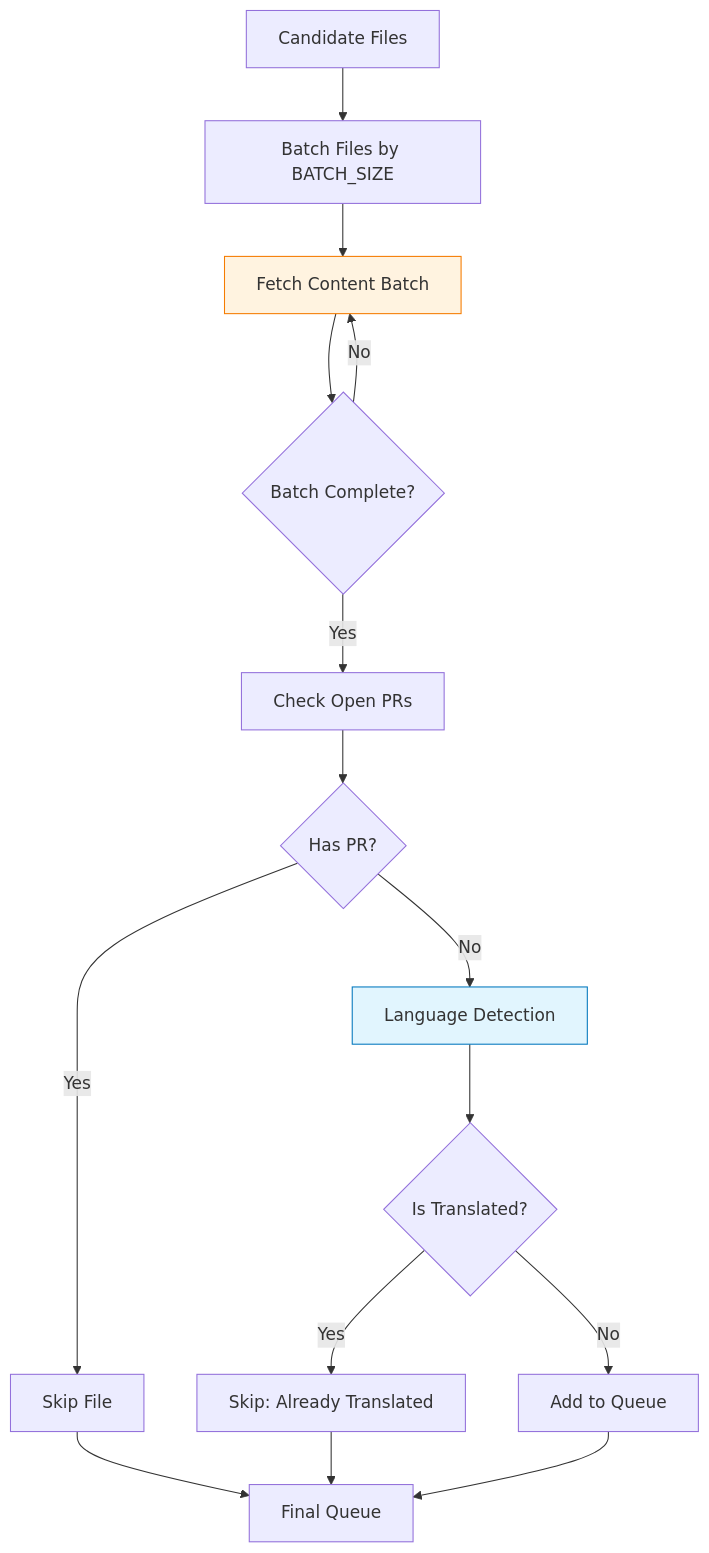
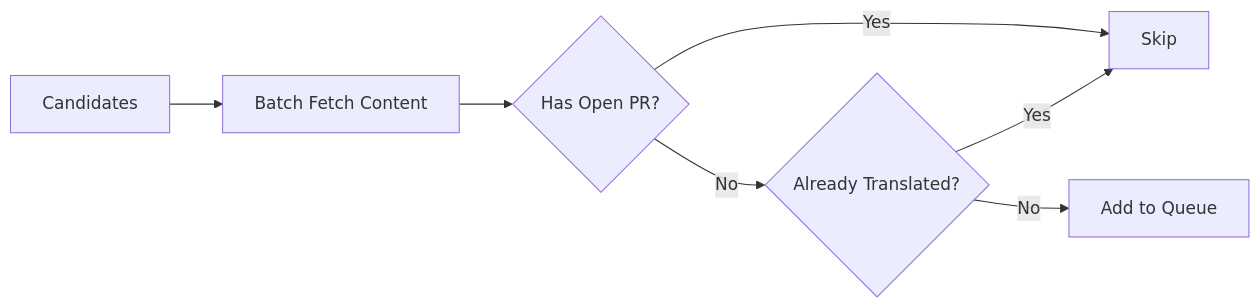
The fourth of 8 diagrams in docs/WORKFLOW.md (NivaldoFarias/translate-react), drawn with Mermaid before and after one commit. The commit also changed other lines of this file and 3 other files, not shown here.

````diff
--- a/docs/WORKFLOW.md
+++ b/docs/WORKFLOW.md
@@ -224,24 +93,9 @@
 ```mermaid
-flowchart TD
-    A[Candidate Files] --> B[Batch Files by BATCH_SIZE]
-    B --> C[Fetch Content Batch]
-
-    C --> D{Batch Complete?}
-    D -->|No| C
-    D -->|Yes| E[Check Open PRs]
-
-    E --> F{Has PR?}
-    F -->|Yes| G[Skip File]
-    F -->|No| J[Language Detection]
-
-    J --> K{Is Translated?}
-    K -->|Yes| L[Skip: Already Translated]
-    K -->|No| M[Add to Queue]
-
-    M --> N[Final Queue]
-    G --> N
-    L --> N
-
-    style C fill:#fff3e0,stroke:#f57c00
-    style J fill:#e1f5fe,stroke:#0277bd
+flowchart LR
+    A[Candidates] --> B[Batch Fetch Content]
+    B --> C{Has Open PR?}
+    C -->|Yes| D[Skip]
+    C -->|No| E{Already Translated?}
+    E -->|Yes| D
+    E -->|No| F[Add to Queue]
 ```
````
